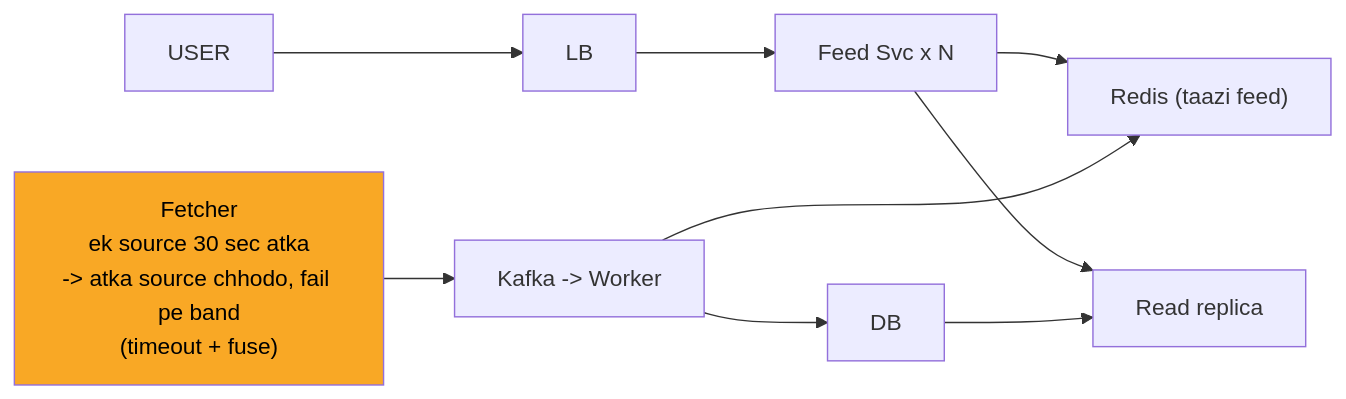
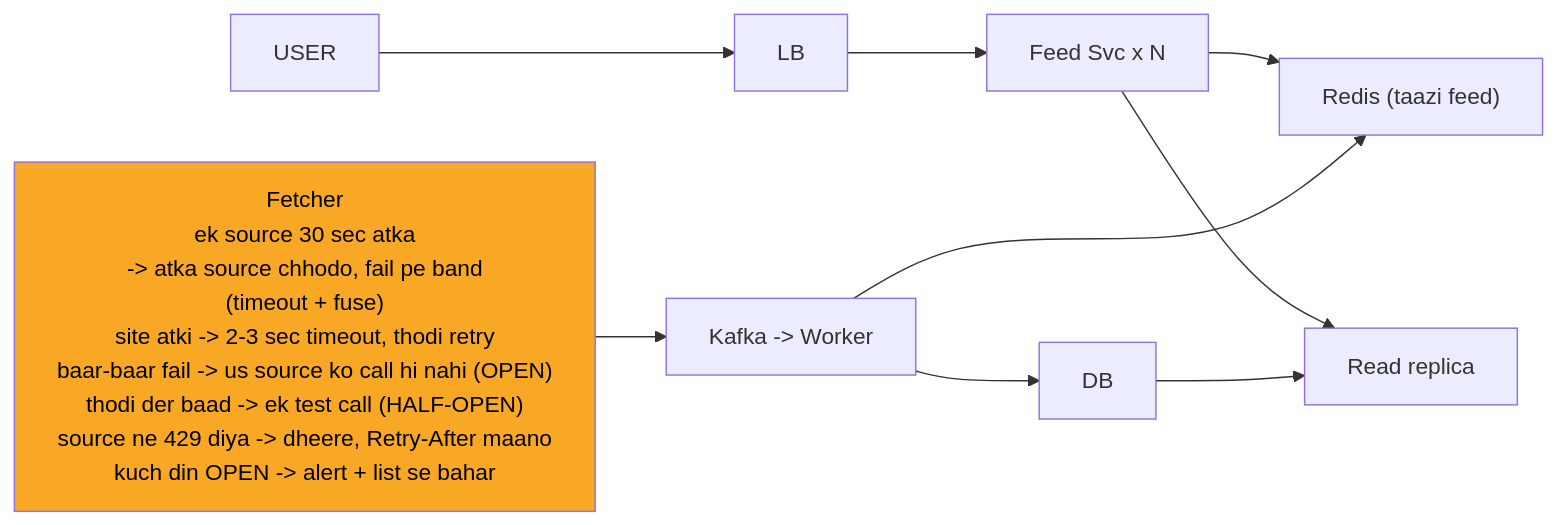
The sixth of 11 diagrams in 04_HLD/SYSTEM_DESIGNS/08_news_aggregator/08_news_aggregator_INTERVIEW.md (ArpanMaheshwari144/Prep), drawn with Mermaid before and after one commit. The commit also changed other lines of this file and 12 other files, not shown here.

Commit message:
hld 02-14: peele dabbe me SAFAR ke mod + diagram chauda (wrappingWidth 450)

````diff
--- a/04_HLD/SYSTEM_DESIGNS/08_news_aggregator/08_news_aggregator_INTERVIEW.md
+++ b/04_HLD/SYSTEM_DESIGNS/08_news_aggregator/08_news_aggregator_INTERVIEW.md
@@ -231,20 +236,21 @@
 ```mermaid
+%%{init: {"flowchart": {"wrappingWidth": 450}}}%%
 flowchart LR
     n_USER["USER"]
     n_LB["LB"]
     n_Feed_Svc_xN["Feed Svc x N"]
     n_Redis["Redis (taazi feed)"]
     n_Read_replica["Read replica"]
     n_DB["DB"]
     n_KW["Kafka -> Worker"]
-    n_Fetcher["Fetcher<br/>ek source 30 sec atka<br/>-> atka source chhodo, fail pe band<br/>(timeout + fuse)"]
+    n_Fetcher["Fetcher<br/>ek source 30 sec atka<br/>-> atka source chhodo, fail pe band<br/>(timeout + fuse)<br/>site atki -> 2-3 sec timeout, thodi retry<br/>baar-baar fail -> us source ko call hi nahi (OPEN)<br/>thodi der baad -> ek test call (HALF-OPEN)<br/>source ne 429 diya -> dheere, Retry-After maano<br/>kuch din OPEN -> alert + list se bahar"]
     n_USER --> n_LB
     n_LB --> n_Feed_Svc_xN
     n_Feed_Svc_xN --> n_Redis
     n_Feed_Svc_xN --> n_Read_replica
     n_DB --> n_Read_replica
     n_KW --> n_DB
     n_KW --> n_Redis
     n_Fetcher --> n_KW
     style n_Fetcher fill:#f9a825,color:#000
 ```
````
